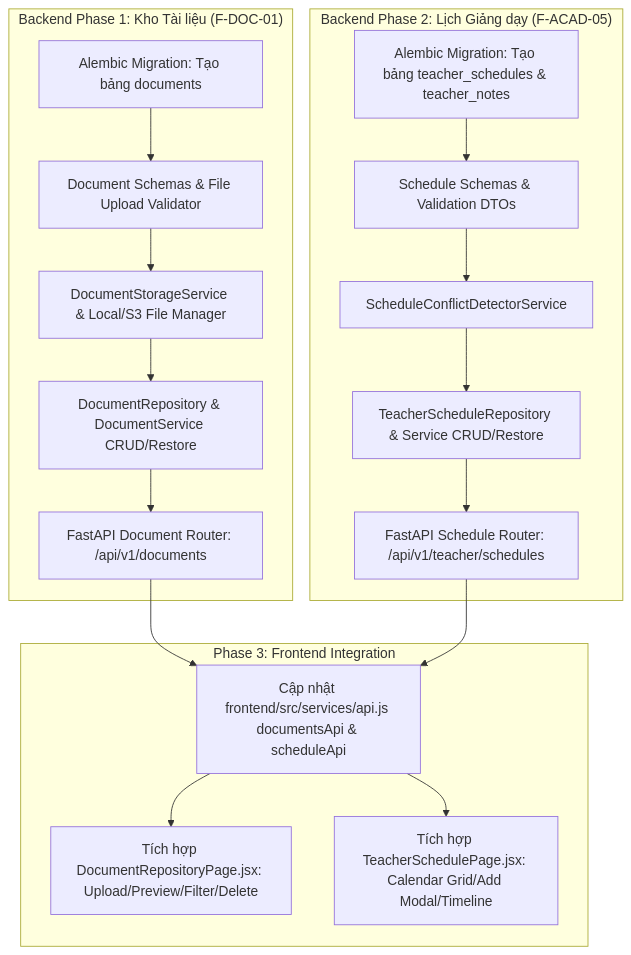
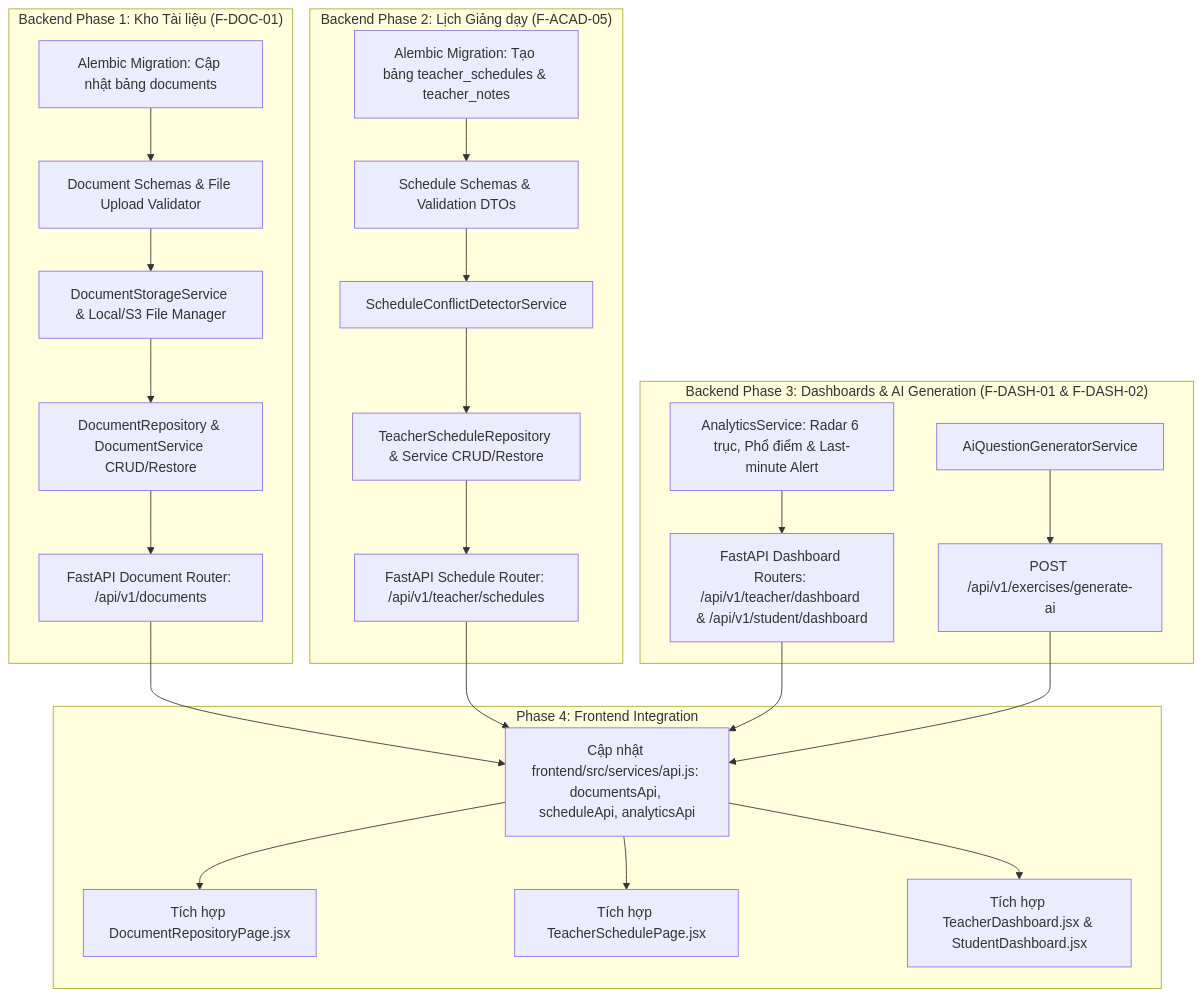
One commit to NguyenVanQThanh/tk_teacher_assistance_system changed the diagram in docs/v_1/sprints/sprint_4_overview.md. Above: the diagram before and after it, drawn with Mermaid. The commit also changed other lines of this file and 11 other files, not shown here.

````diff
--- a/docs/v_1/sprints/sprint_4_overview.md
+++ b/docs/v_1/sprints/sprint_4_overview.md
@@ -91,24 +104,32 @@
 ```mermaid
 graph TD
     subgraph "Backend Phase 1: Kho Tài liệu (F-DOC-01)"
-        A1[Alembic Migration: Tạo bảng documents] --> A2[Document Schemas & File Upload Validator]
+        A1[Alembic Migration: Cập nhật bảng documents] --> A2[Document Schemas & File Upload Validator]
         A2 --> A3[DocumentStorageService & Local/S3 File Manager]
         A3 --> A4[DocumentRepository & DocumentService CRUD/Restore]
         A4 --> A5[FastAPI Document Router: /api/v1/documents]
     end
 
     subgraph "Backend Phase 2: Lịch Giảng dạy (F-ACAD-05)"
         B1[Alembic Migration: Tạo bảng teacher_schedules & teacher_notes] --> B2[Schedule Schemas & Validation DTOs]
         B2 --> B3[ScheduleConflictDetectorService]
         B3 --> B4[TeacherScheduleRepository & Service CRUD/Restore]
         B4 --> B5[FastAPI Schedule Router: /api/v1/teacher/schedules]
     end
 
-    subgraph "Phase 3: Frontend Integration"
-        C1[Cập nhật frontend/src/services/api.js documentsApi & scheduleApi]
+    subgraph "Backend Phase 3: Dashboards & AI Generation (F-DASH-01 & F-DASH-02)"
+        D1[AnalyticsService: Radar 6 trục, Phổ điểm & Last-minute Alert] --> D2[FastAPI Dashboard Routers: /api/v1/teacher/dashboard & /api/v1/student/dashboard]
+        D3[AiQuestionGeneratorService] --> D4[POST /api/v1/exercises/generate-ai]
+    end
+
+    subgraph "Phase 4: Frontend Integration"
+        C1[Cập nhật frontend/src/services/api.js: documentsApi, scheduleApi, analyticsApi]
         A5 --> C1
         B5 --> C1
-        C1 --> D1[Tích hợp DocumentRepositoryPage.jsx: Upload/Preview/Filter/Delete]
-        C1 --> D2[Tích hợp TeacherSchedulePage.jsx: Calendar Grid/Add Modal/Timeline]
+        D2 --> C1
+        D4 --> C1
+        C1 --> E1[Tích hợp DocumentRepositoryPage.jsx]
+        C1 --> E2[Tích hợp TeacherSchedulePage.jsx]
+        C1 --> E3[Tích hợp TeacherDashboard.jsx & StudentDashboard.jsx]
     end
 ```
````
